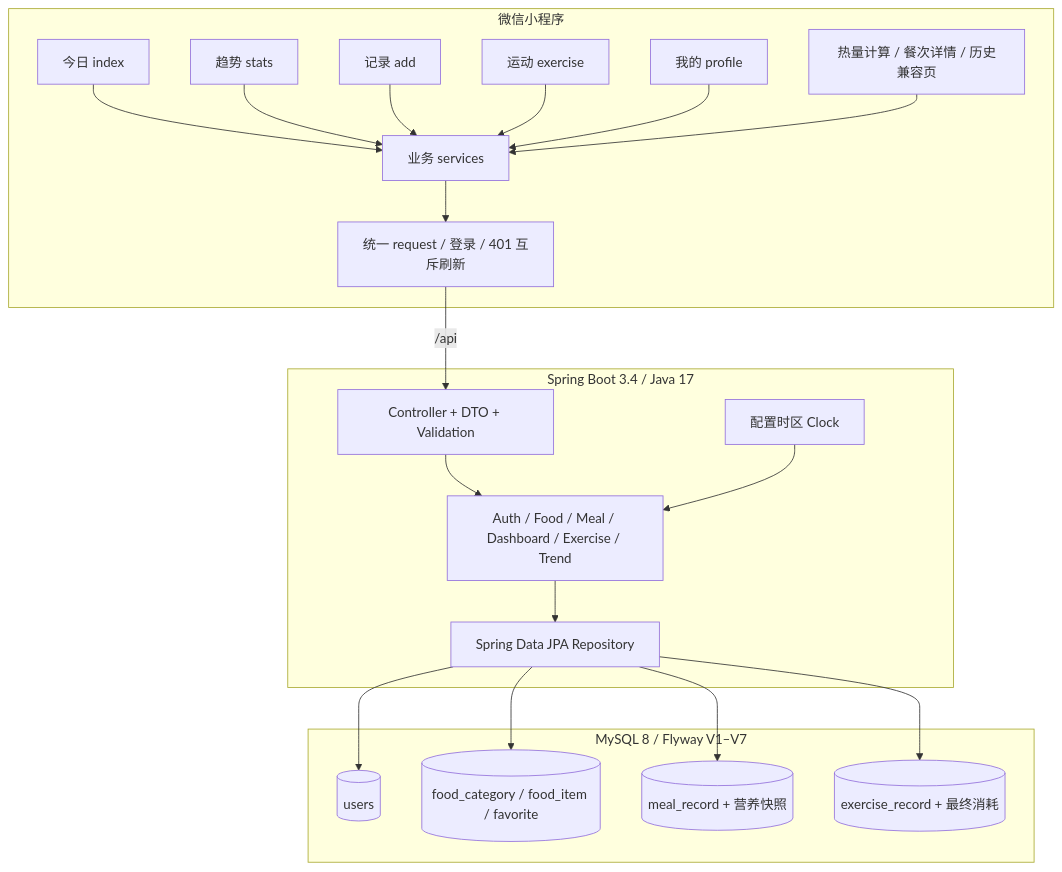
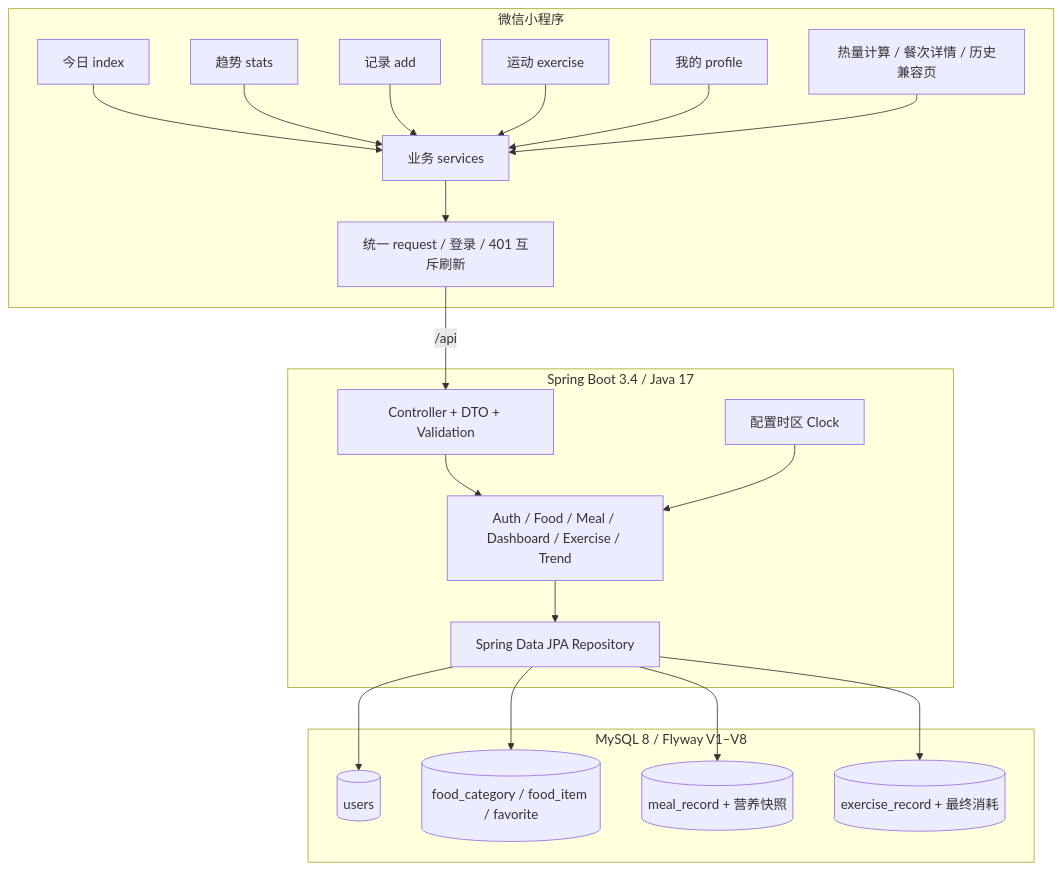
The first of 3 diagrams in docs/architecture.md (Lanlnn/diet-tracker), drawn with Mermaid before and after one commit. The commit also changed other lines of this file and 76 other files, not shown here.

````diff
--- a/docs/architecture.md
+++ b/docs/architecture.md
@@ -7,42 +7,42 @@
 ```mermaid
 graph TB
     subgraph "微信小程序"
         TODAY["今日 index"]
         TREND["趋势 stats"]
         RECORD["记录 add"]
         EXERCISE["运动 exercise"]
         PROFILE["我的 profile"]
         PAGES["热量计算 / 餐次详情 / 历史兼容页"]
         SERVICES["业务 services"]
         REQUEST["统一 request / 登录 / 401 互斥刷新"]
         TODAY --> SERVICES
         TREND --> SERVICES
         RECORD --> SERVICES
         EXERCISE --> SERVICES
         PROFILE --> SERVICES
         PAGES --> SERVICES
         SERVICES --> REQUEST
     end
 
     subgraph "Spring Boot 3.4 / Java 17"
         CONTROLLER["Controller + DTO + Validation"]
         SERVICE["Auth / Food / Meal / Dashboard / Exercise / Trend"]
         REPOSITORY["Spring Data JPA Repository"]
         CLOCK["配置时区 Clock"]
         REQUEST -->|"/api"| CONTROLLER
         CONTROLLER --> SERVICE
         CLOCK --> SERVICE
         SERVICE --> REPOSITORY
     end
 
-    subgraph "MySQL 8 / Flyway V1–V7"
+    subgraph "MySQL 8 / Flyway V1–V8"
         USER[(users)]
         FOOD[(food_category / food_item / favorite)]
         MEAL[(meal_record + 营养快照)]
         SPORT[(exercise_record + 最终消耗)]
         REPOSITORY --> USER
         REPOSITORY --> FOOD
         REPOSITORY --> MEAL
         REPOSITORY --> SPORT
     end
 ```
````
